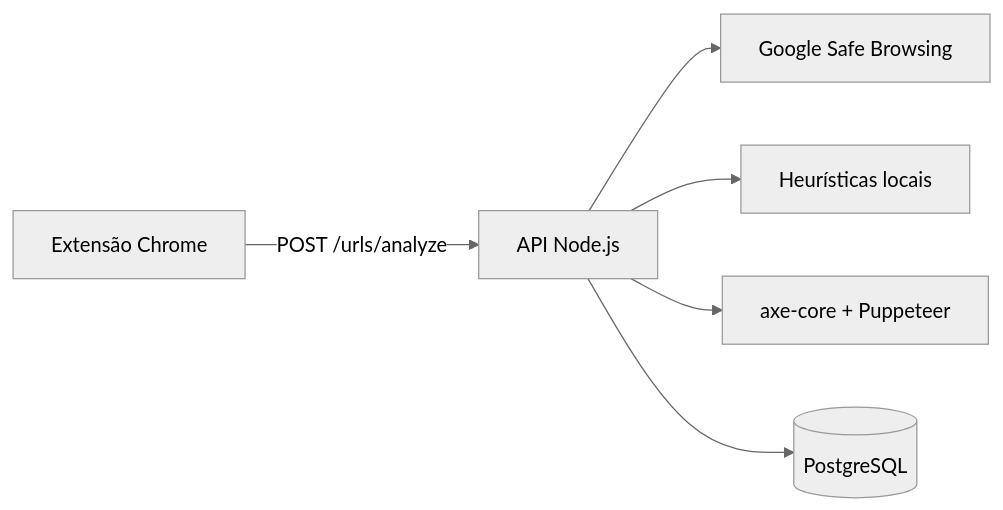
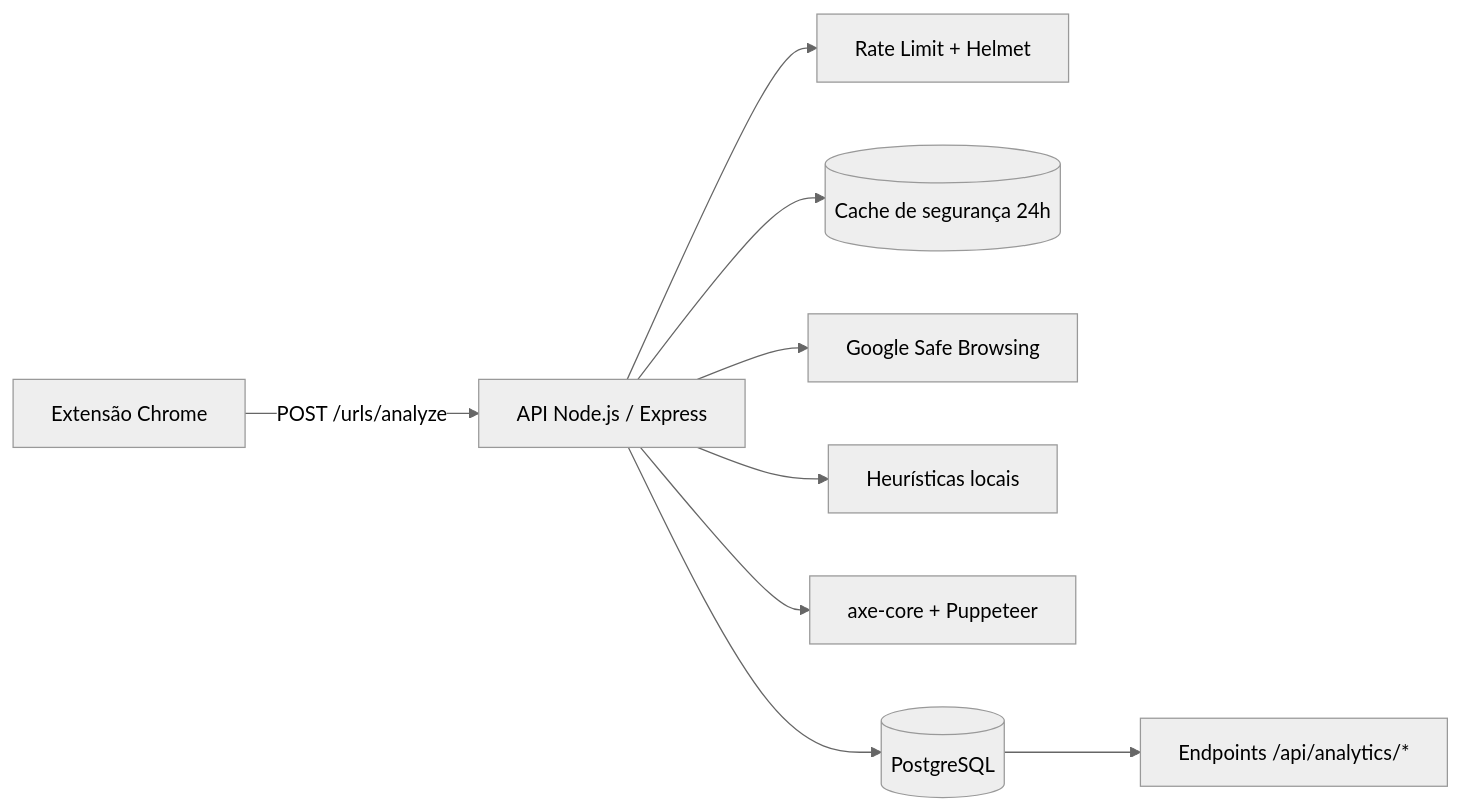
Before and after one commit to Victor-Casagrande/verificador_golpe: the diagram in README.md, drawn with Mermaid (neutral theme). The commit also changed other lines of this file, not shown here.

````diff
--- a/README.md
+++ b/README.md
@@ -15,8 +15,11 @@
 ```mermaid
 flowchart LR
-    EXT[Extensão Chrome] -->|POST /urls/analyze| API[API Node.js]
+    EXT[Extensão Chrome] -->|POST /urls/analyze| API[API Node.js / Express]
+    API --> RL[Rate Limit + Helmet]
+    API --> CACHE[(Cache de segurança 24h)]
     API --> GSB[Google Safe Browsing]
     API --> HEU[Heurísticas locais]
     API --> AXE[axe-core + Puppeteer]
     API --> DB[(PostgreSQL)]
+    DB --> ANL[Endpoints /api/analytics/*]
 ```
````
